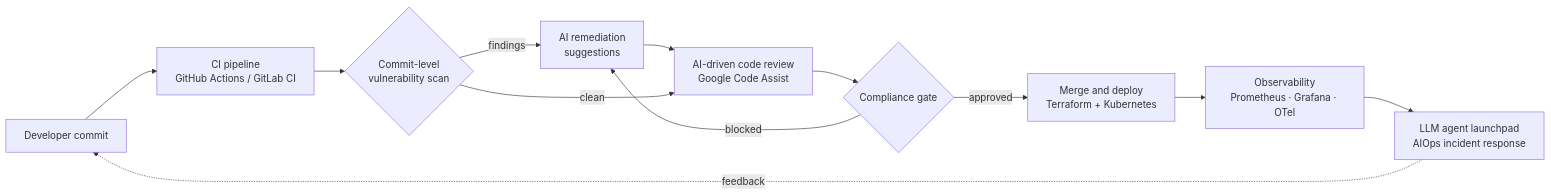
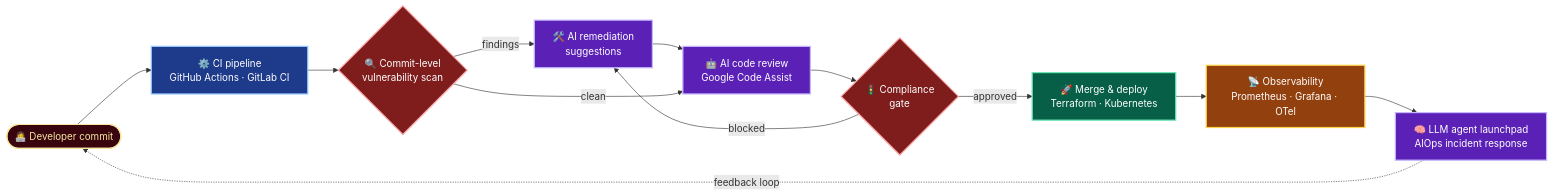
One commit to komalthakur853/komalthakur853 changed the second of 3 diagrams in README1.md. Above: the diagram before and after it, drawn with Mermaid. The commit also changed other lines of this file, not shown here.

````diff
--- a/README1.md
+++ b/README1.md
@@ -181,14 +227,21 @@
 ```mermaid
 flowchart LR
-    A[Developer commit] --> B[CI pipeline<br/>GitHub Actions / GitLab CI]
-    B --> C{Commit-level<br/>vulnerability scan}
-    C -- findings --> D[AI remediation<br/>suggestions]
-    D --> E[AI-driven code review<br/>Google Code Assist]
-    C -- clean --> E
-    E --> F{Compliance gate}
+    A([👩‍💻 Developer commit]):::dev --> B[⚙️ CI pipeline<br/>GitHub Actions · GitLab CI]:::ci
+    B --> C{🔍 Commit-level<br/>vulnerability scan}:::sec
+    C -- findings --> D[🛠️ AI remediation<br/>suggestions]:::ai
+    D --> E
+    C -- clean --> E[🤖 AI code review<br/>Google Code Assist]:::ai
+    E --> F{🚦 Compliance<br/>gate}:::sec
     F -- blocked --> D
-    F -- approved --> G[Merge and deploy<br/>Terraform + Kubernetes]
-    G --> H[Observability<br/>Prometheus · Grafana · OTel]
-    H --> I[LLM agent launchpad<br/>AIOps incident response]
-    I -.feedback.-> A
+    F -- approved --> G[🚀 Merge &amp; deploy<br/>Terraform · Kubernetes]:::deploy
+    G --> H[📡 Observability<br/>Prometheus · Grafana · OTel]:::obs
+    H --> I[🧠 LLM agent launchpad<br/>AIOps incident response]:::ai
+    I -. feedback loop .-> A
+
+    classDef dev fill:#38050F,stroke:#F7E7A1,color:#F7E7A1,stroke-width:2px
+    classDef ci fill:#1E3A8A,stroke:#93C5FD,color:#fff,stroke-width:2px
+    classDef sec fill:#7F1D1D,stroke:#FCA5A5,color:#fff,stroke-width:2px
+    classDef ai fill:#5B21B6,stroke:#C4B5FD,color:#fff,stroke-width:2px
+    classDef deploy fill:#065F46,stroke:#6EE7B7,color:#fff,stroke-width:2px
+    classDef obs fill:#92400E,stroke:#FCD34D,color:#fff,stroke-width:2px
 ```
````
